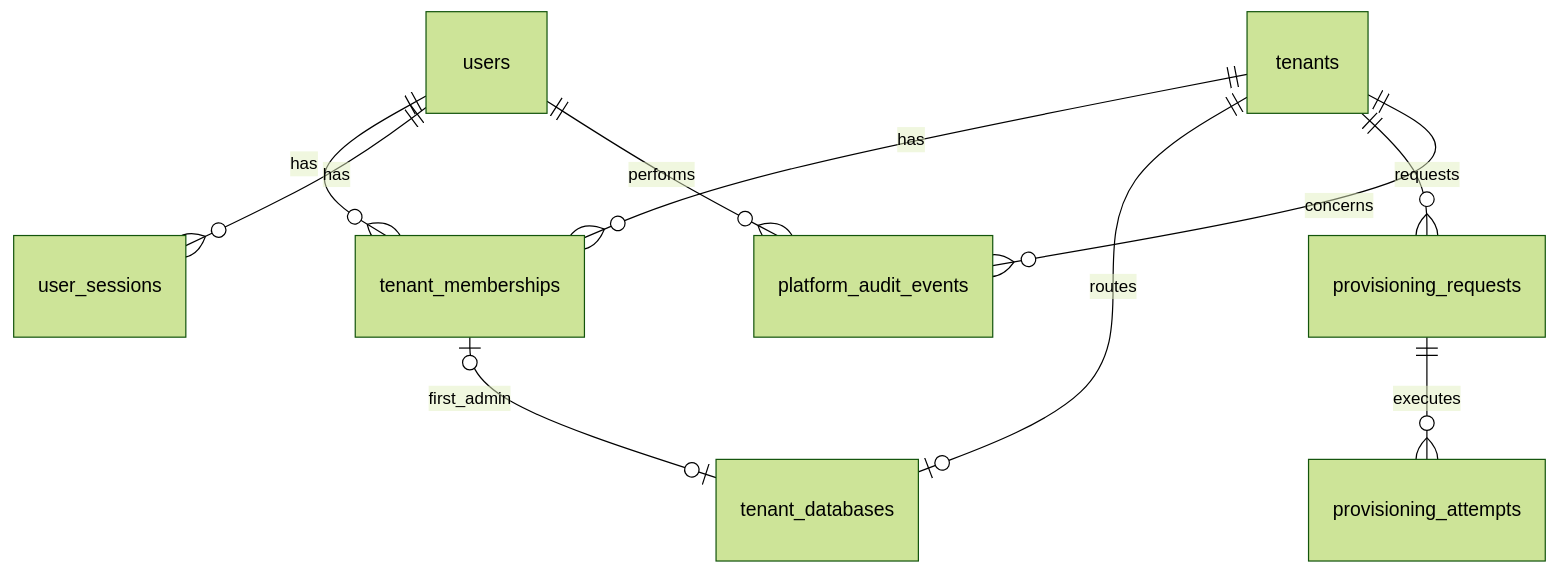
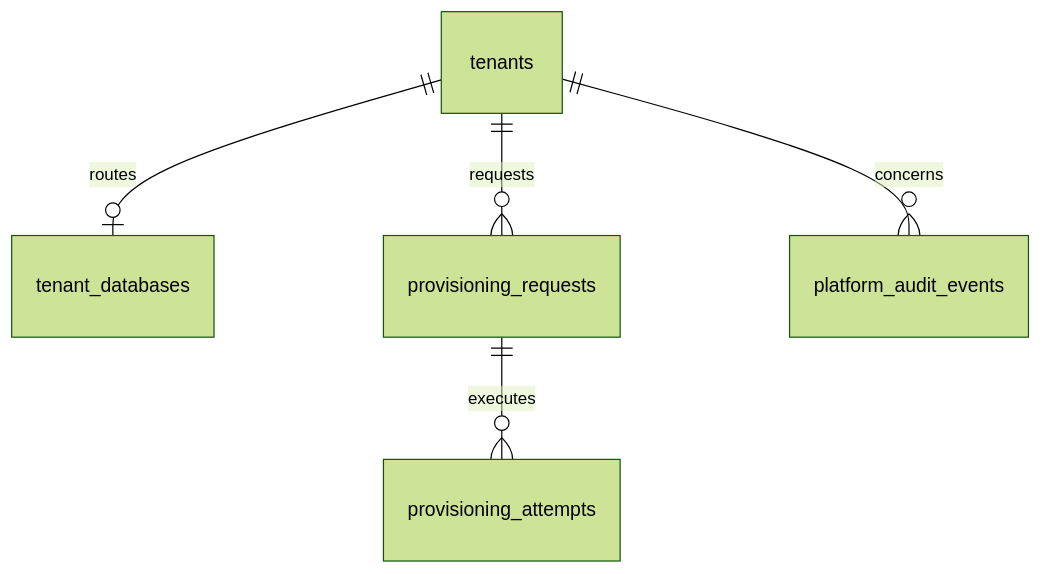
One commit to Shadowninja09/acme-salary-management changed the diagram in docs/product/design/control-plane-schema.md. Above: the diagram before and after it, drawn with Mermaid (forest theme). The commit also changed other lines of this file and 1 other file, not shown here.

Commit message:
docs: refine multi-tenant control-plane design

````diff
--- a/docs/product/design/control-plane-schema.md
+++ b/docs/product/design/control-plane-schema.md
@@ -109,12 +118,7 @@
 ```mermaid
 erDiagram
-  tenants ||--o{ tenant_memberships : has
-  users ||--o{ tenant_memberships : has
-  users ||--o{ user_sessions : has
   tenants ||--o| tenant_databases : routes
-  tenant_memberships |o--o| tenant_databases : first_admin
   tenants ||--o{ provisioning_requests : requests
   provisioning_requests ||--o{ provisioning_attempts : executes
-  users ||--o{ platform_audit_events : performs
   tenants ||--o{ platform_audit_events : concerns
 ```
````
